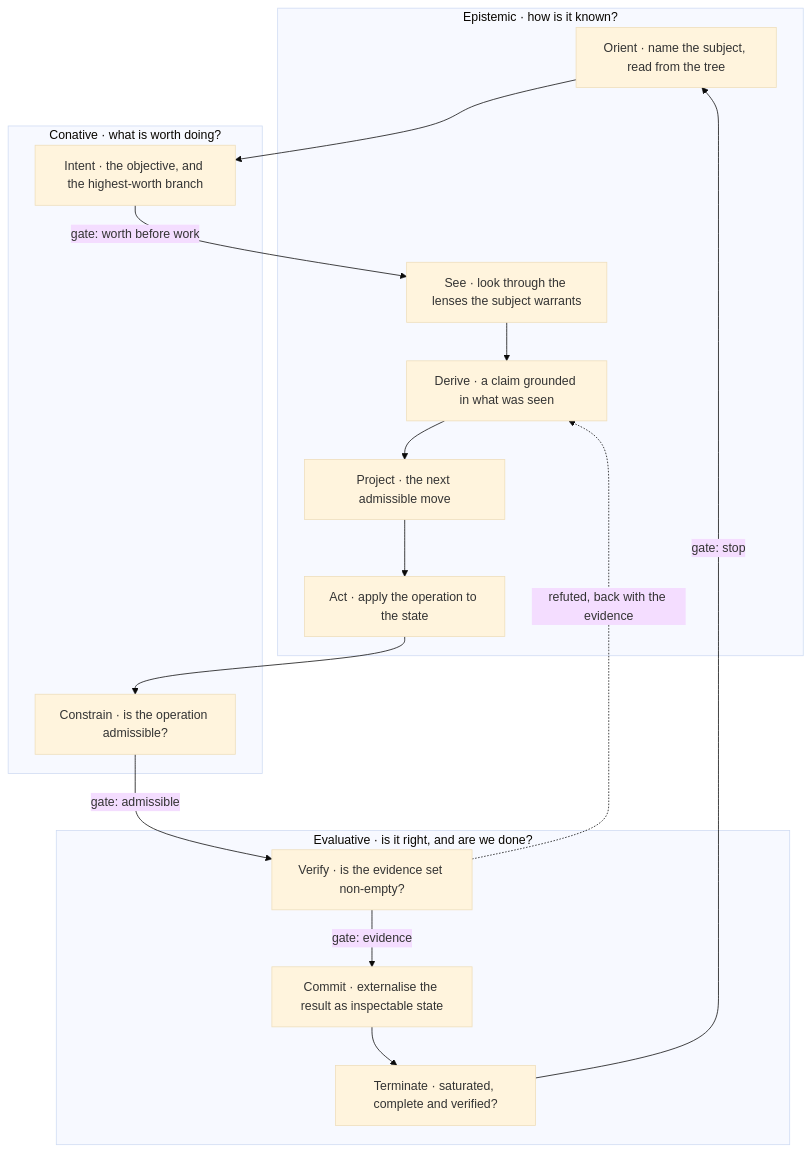
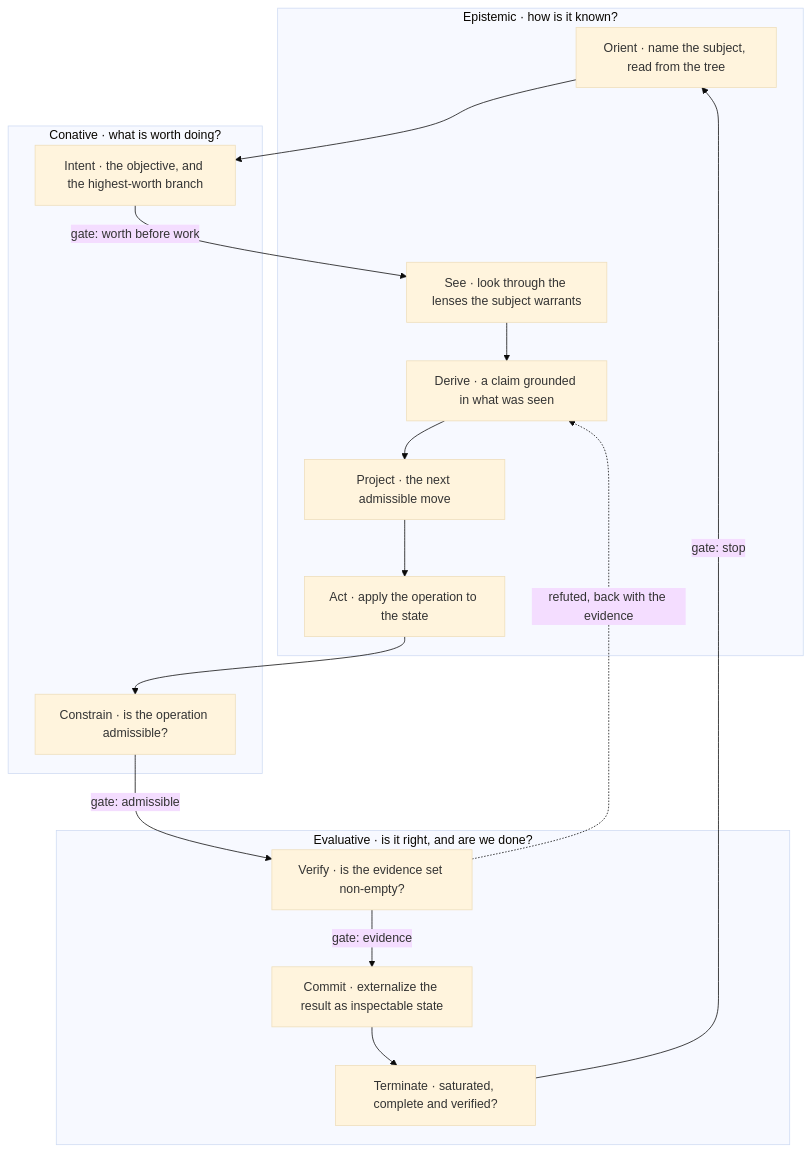
Before and after one commit to Varietyz/Disciplined-AI-Software-Development: the first of 15 diagrams in START.md, drawn with Mermaid (base theme). The commit also changed other lines of this file and 672 other files, not shown here.

````diff
--- a/START.md
+++ b/START.md
@@ -39,26 +39,26 @@
 ```mermaid
 flowchart TB
 subgraph epistemic["Epistemic · how is it known?"]
 orient["Orient · name the subject, read from the tree"]
 see["See · look through the lenses the subject warrants"]
 derive["Derive · a claim grounded in what was seen"]
 project["Project · the next admissible move"]
 act["Act · apply the operation to the state"]
 end
 subgraph conative["Conative · what is worth doing?"]
 intent["Intent · the objective, and the highest-worth branch"]
 constrain["Constrain · is the operation admissible?"]
 end
 subgraph evaluative["Evaluative · is it right, and are we done?"]
 verify["Verify · is the evidence set non-empty?"]
-commit["Commit · externalise the result as inspectable state"]
+commit["Commit · externalize the result as inspectable state"]
 terminate["Terminate · saturated, complete and verified?"]
 end
 orient --> intent
 intent -- gate: worth before work --> see
 see --> derive --> project --> act --> constrain
 constrain -- gate: admissible --> verify
 verify -- gate: evidence --> commit --> terminate
 verify -. refuted, back with the evidence .-> derive
 terminate -- gate: stop --> orient
 ```
````
